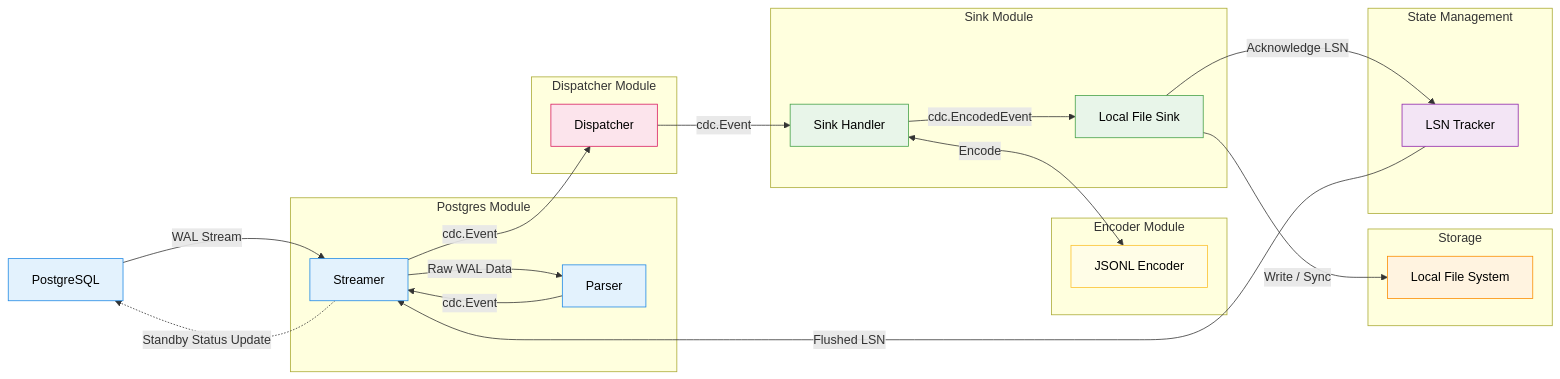
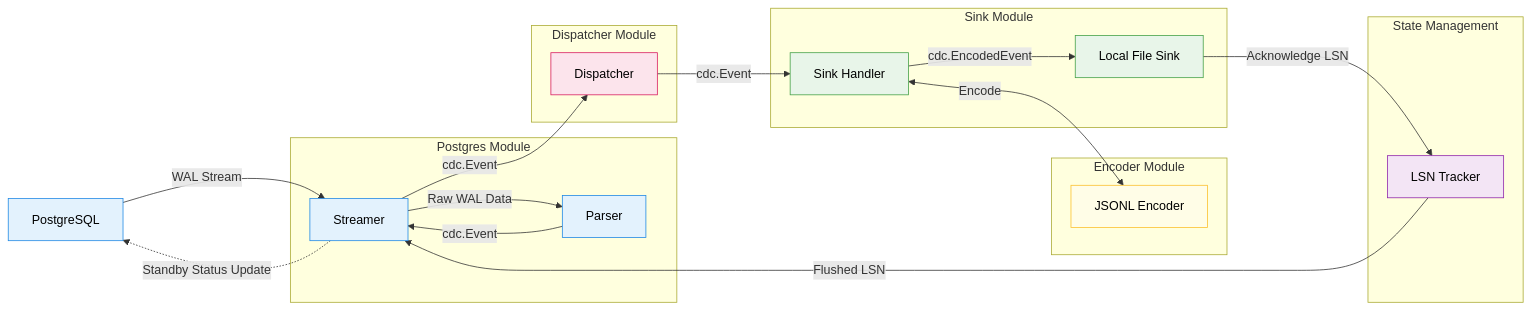
The diagram in readme.md (001AJD/pg-wal-stream), drawn with Mermaid before and after one commit. The commit also changed other lines of this file, not shown here.

````diff
--- a/readme.md
+++ b/readme.md
@@ -25,55 +25,49 @@
 ```mermaid
 graph LR
     PostgresDB[PostgreSQL] -->|WAL Stream| Streamer[Streamer]
 
     subgraph PostgresModule["Postgres Module"]
         Streamer -->|Raw WAL Data| Parser[Parser]
         Parser -->|cdc.Event| Streamer
     end
 
     Streamer -->|cdc.Event| Dispatcher[Dispatcher]
 
     subgraph DispatcherModule["Dispatcher Module"]
         Dispatcher
     end
 
     Dispatcher -->|cdc.Event| SinkHandler[Sink Handler]
 
     subgraph EncoderModule["Encoder Module"]
         Encoder[JSONL Encoder]
     end
 
     subgraph SinkModule["Sink Module"]
         SinkHandler
         LocalFileSink[Local File Sink]
     end
 
     SinkHandler <-->|Encode| Encoder
     SinkHandler -->|cdc.EncodedEvent| LocalFileSink
 
-    subgraph Storage["Storage"]
-        LocalFileSink -->|Write / Sync| Disk[Local File System]
-    end
-
     subgraph StateManagement["State Management"]
         Tracker[LSN Tracker]
     end
 
     LocalFileSink -->|Acknowledge LSN| Tracker
     Tracker -->|Flushed LSN| Streamer
     Streamer -.->|Standby Status Update| PostgresDB
 
     classDef postgres fill:#E3F2FD,stroke:#1E88E5,color:#000000
     classDef dispatcher fill:#FCE4EC,stroke:#D81B60,color:#000000
     classDef sink fill:#E8F5E9,stroke:#43A047,color:#000000
     classDef encoder fill:#FFFDE7,stroke:#FBC02D,color:#000000
-    classDef storage fill:#FFF3E0,stroke:#FB8C00,color:#000000
     classDef state fill:#F3E5F5,stroke:#8E24AA,color:#000000
 
     class PostgresDB,Streamer,Parser postgres
     class Dispatcher dispatcher
     class SinkHandler,LocalFileSink sink
     class Encoder encoder
-    class Disk storage
     class Tracker state
 ```
````
